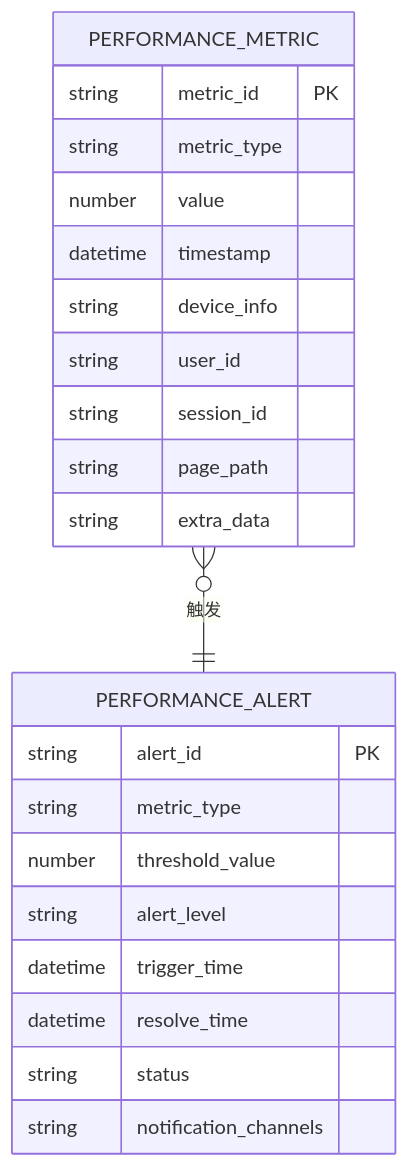
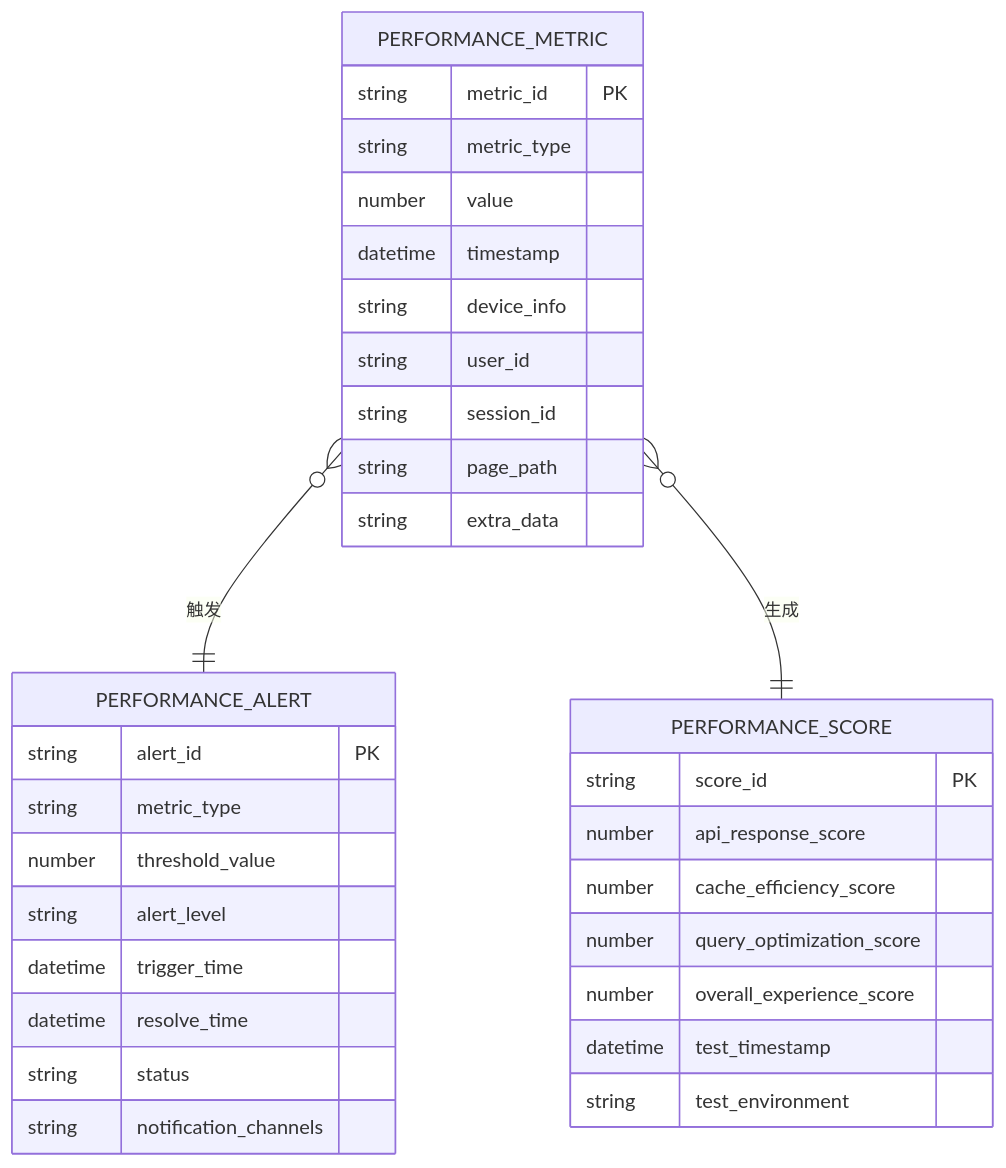
One commit to zhangxin19911211-creator/Project_BabyAssistant changed diagram 12 of 14 in .qoder/repowiki/zh/content/性能优化/性能监控方案.md. Above: the diagram before and after it, drawn with Mermaid. The commit also changed other lines of this file and 24 other files, not shown here.

````diff
--- a/.qoder/repowiki/zh/content/性能优化/性能监控方案.md
+++ b/.qoder/repowiki/zh/content/性能优化/性能监控方案.md
@@ -527,25 +714,35 @@
 ```mermaid
 erDiagram
 PERFORMANCE_METRIC {
 string metric_id PK
 string metric_type
 number value
 datetime timestamp
 string device_info
 string user_id
 string session_id
 string page_path
 string extra_data
 }
 PERFORMANCE_ALERT {
 string alert_id PK
 string metric_type
 number threshold_value
 string alert_level
 datetime trigger_time
 datetime resolve_time
 string status
 string notification_channels
 }
+PERFORMANCE_SCORE {
+string score_id PK
+number api_response_score
+number cache_efficiency_score
+number query_optimization_score
+number overall_experience_score
+datetime test_timestamp
+string test_environment
+}
 PERFORMANCE_METRIC }o--|| PERFORMANCE_ALERT : "触发"
+PERFORMANCE_METRIC }o--|| PERFORMANCE_SCORE : "生成"
 ```
````
